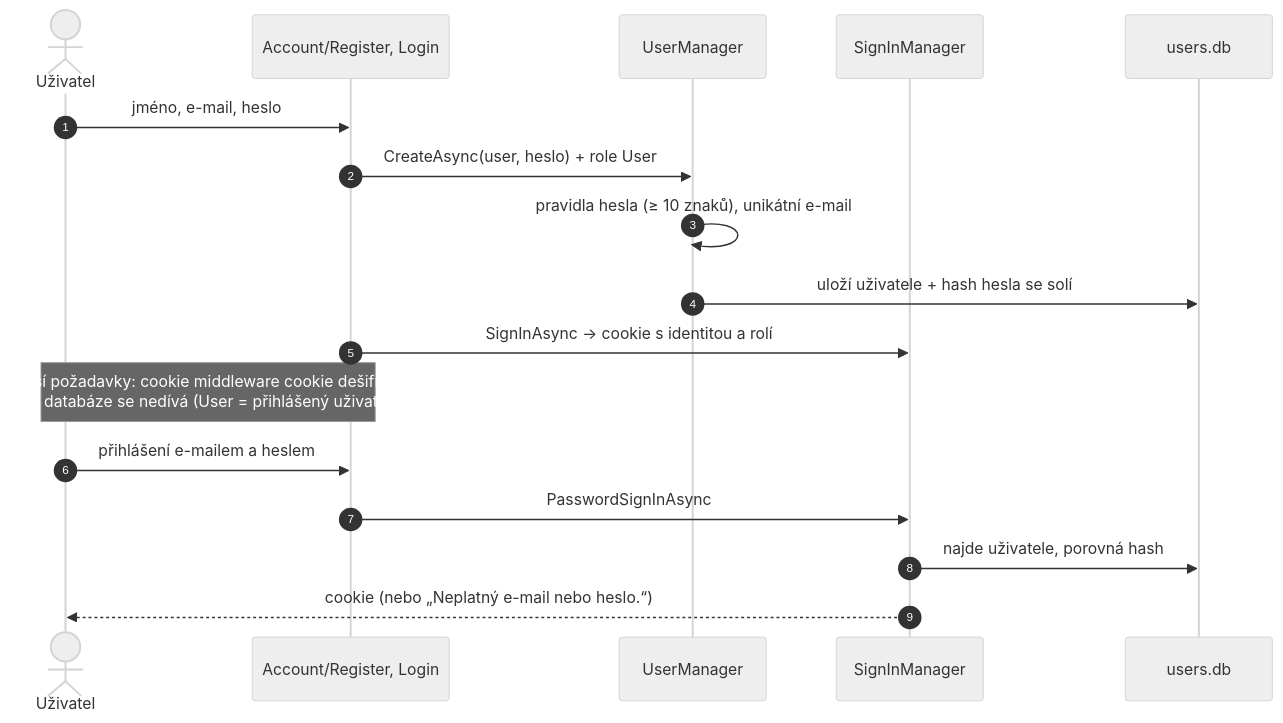
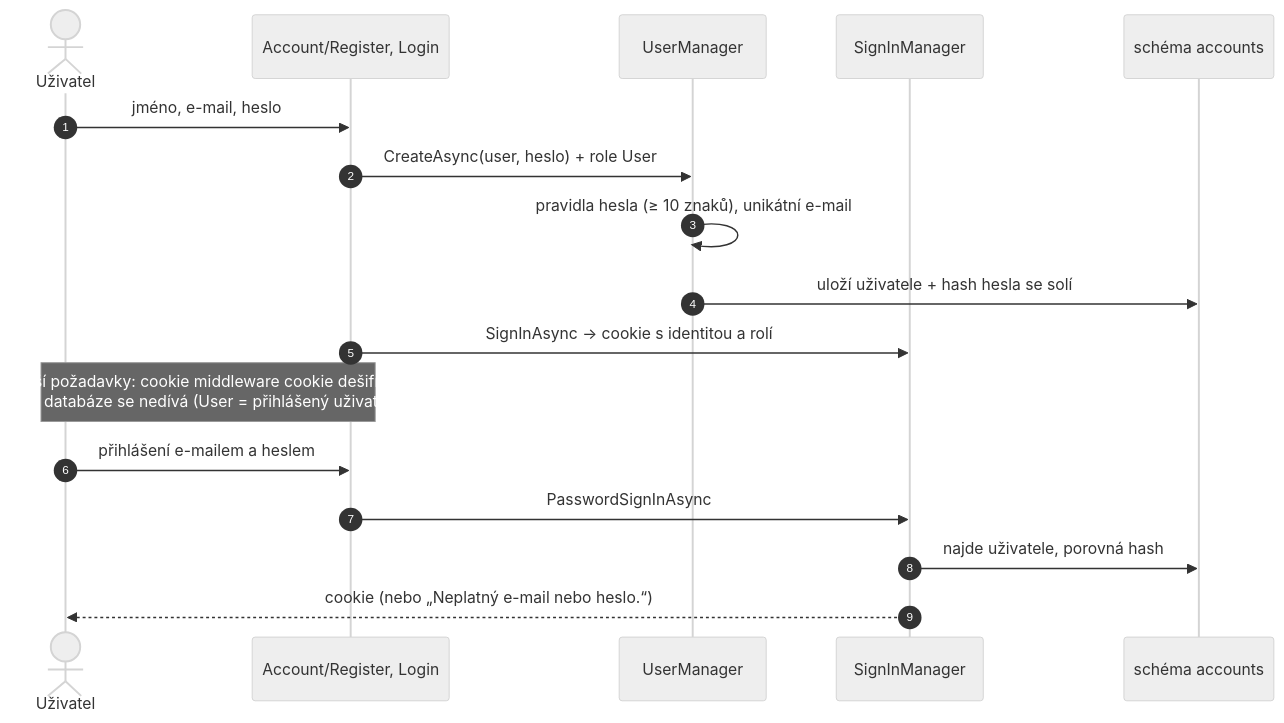
One commit to ftichy/MiniShop changed the sixth of 6 diagrams in docs/prirucka/architektura/moduly/accounts.md. Above: the diagram before and after it, drawn with Mermaid (neutral theme). The commit also changed other lines of this file and 248 other files, not shown here.

````diff
--- a/docs/prirucka/architektura/moduly/accounts.md
+++ b/docs/prirucka/architektura/moduly/accounts.md
@@ -243,20 +243,20 @@
 ```mermaid
 sequenceDiagram
     autonumber
     actor U as Uživatel
     participant P as Account/Register, Login
     participant UM as UserManager
     participant SM as SignInManager
-    participant DB as users.db
+    participant DB as schéma accounts
 
     U->>P: jméno, e-mail, heslo
     P->>UM: CreateAsync(user, heslo) + role User
     UM->>UM: pravidla hesla (≥ 10 znaků), unikátní e-mail
     UM->>DB: uloží uživatele + hash hesla se solí
     P->>SM: SignInAsync → cookie s identitou a rolí
     Note over U,P: Další požadavky: cookie middleware cookie dešifruje,<br/>do databáze se nedívá (User = přihlášený uživatel)
     U->>P: přihlášení e-mailem a heslem
     P->>SM: PasswordSignInAsync
     SM->>DB: najde uživatele, porovná hash
     SM-->>U: cookie (nebo „Neplatný e-mail nebo heslo.“)
 ```
````
